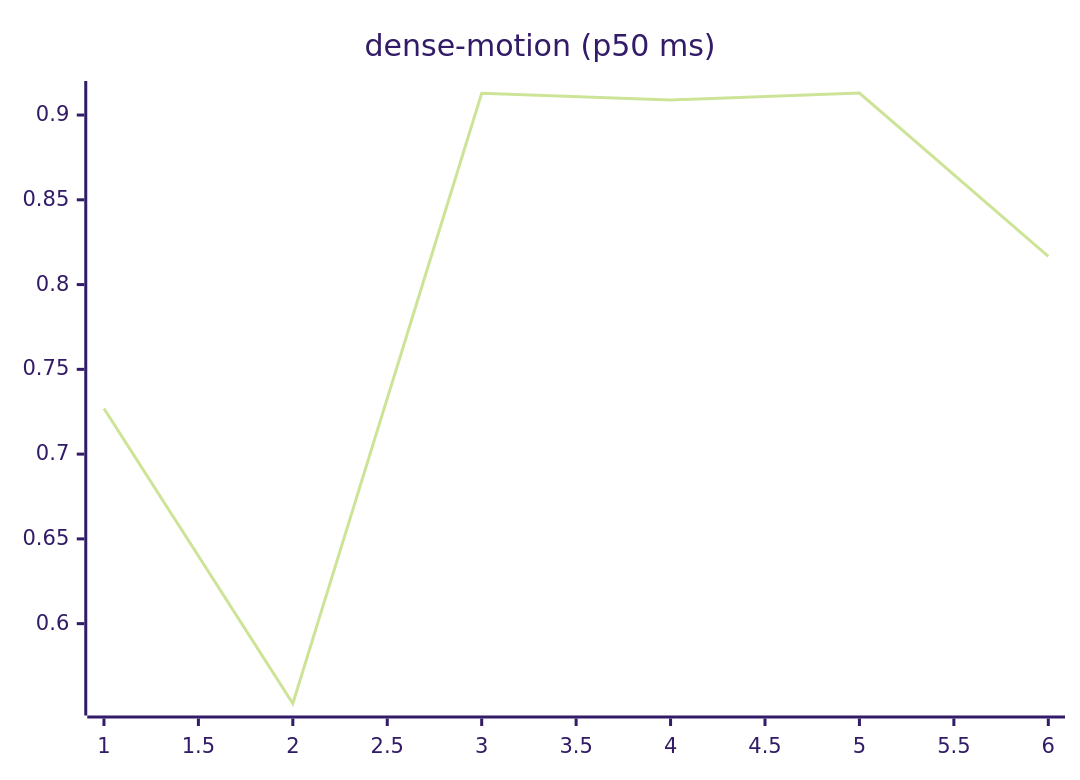
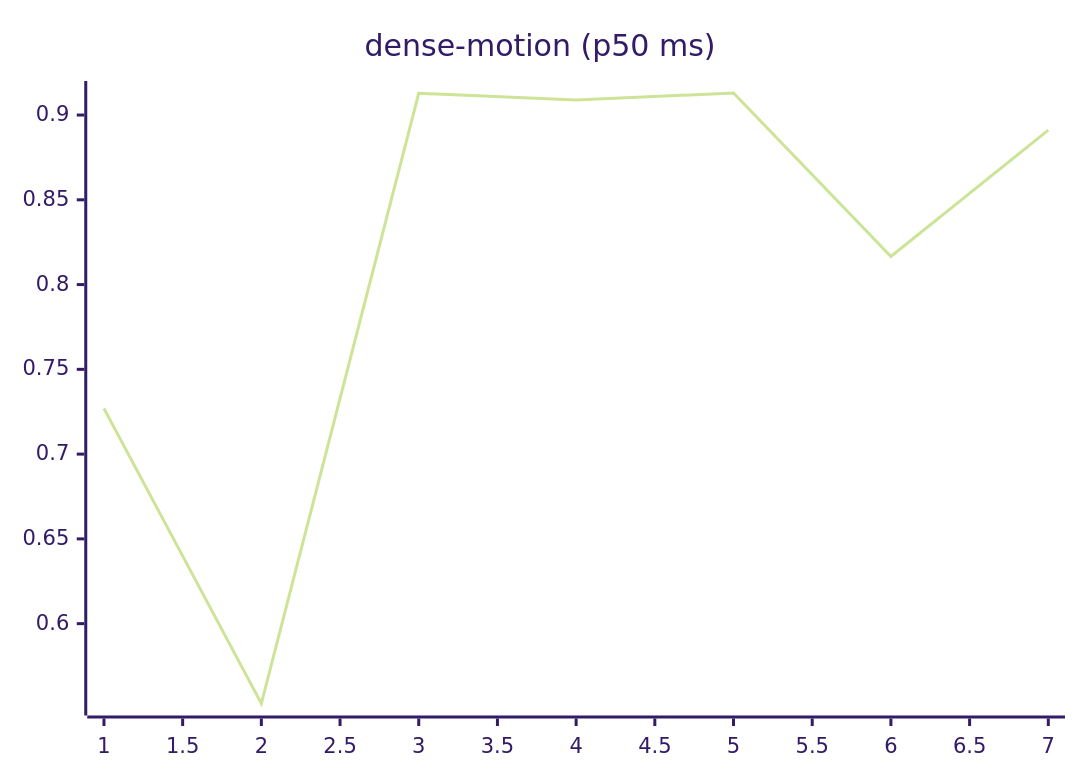
The ninth of 27 diagrams in README.md (josha/Facet), drawn with Mermaid (forest theme) before and after one commit. The commit also changed other lines of this file and 2 other files, not shown here.

````diff
--- a/README.md
+++ b/README.md
@@ -119,6 +119,6 @@
 ```mermaid
 xychart-beta
     title "dense-motion (p50 ms)"
-    x-axis 1 --> 6
-    line [0.7269, 0.5529, 0.9128, 0.9089, 0.9130, 0.8166]
+    x-axis 1 --> 7
+    line [0.7269, 0.5529, 0.9128, 0.9089, 0.9130, 0.8166, 0.8911]
 ```
````
